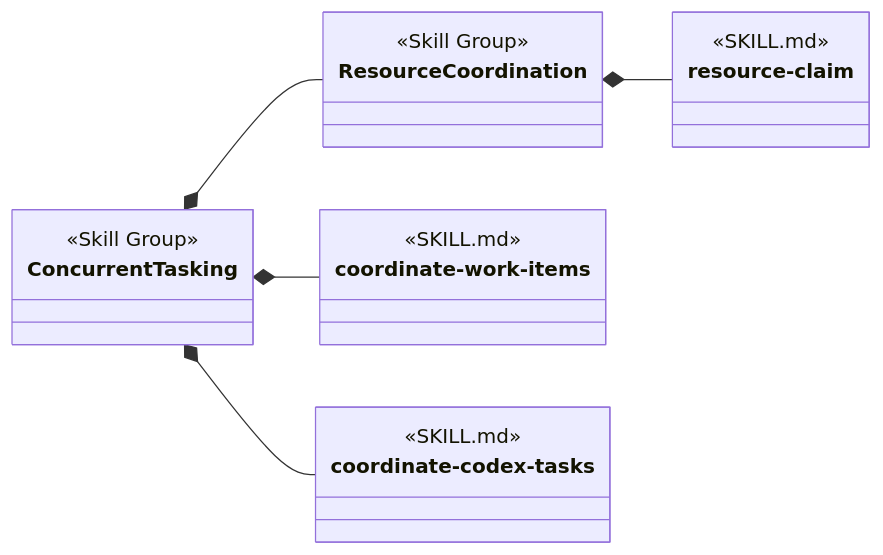
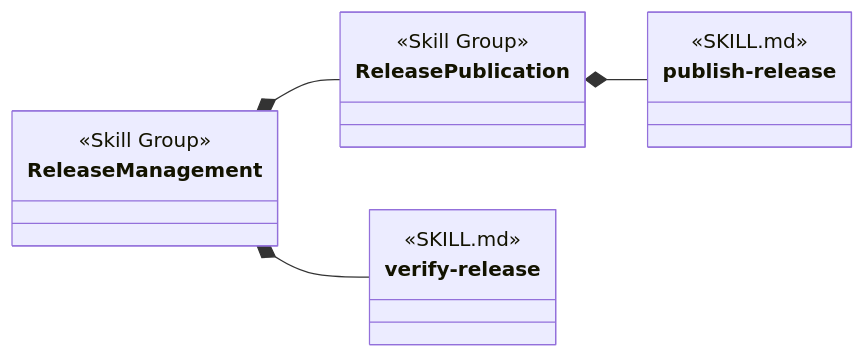
The tenth of 16 diagrams in design/object-oriented-agent-and-skill-model.md (martinbechard/dev-methodology), drawn with Mermaid before and after one commit. The commit also changed other lines of this file and 11 other files, not shown here.

````diff
--- a/design/object-oriented-agent-and-skill-model.md
+++ b/design/object-oriented-agent-and-skill-model.md
@@ -475,29 +475,24 @@
 ```mermaid
 classDiagram
     direction LR
 
-    class ConcurrentTasking {
+    class ReleaseManagement {
         <<Skill Group>>
     }
 
-    class ResourceCoordination {
+    class ReleasePublication {
         <<Skill Group>>
     }
 
-    class coordinate-work-items {
+    class verify-release {
         <<SKILL.md>>
     }
 
-    class coordinate-codex-tasks {
+    class publish-release {
         <<SKILL.md>>
     }
 
-    class resource-claim {
-        <<SKILL.md>>
-    }
-
-    ConcurrentTasking *-- coordinate-work-items
-    ConcurrentTasking *-- coordinate-codex-tasks
-    ConcurrentTasking *-- ResourceCoordination
-    ResourceCoordination *-- resource-claim
+    ReleaseManagement *-- verify-release
+    ReleaseManagement *-- ReleasePublication
+    ReleasePublication *-- publish-release
 ```
````
